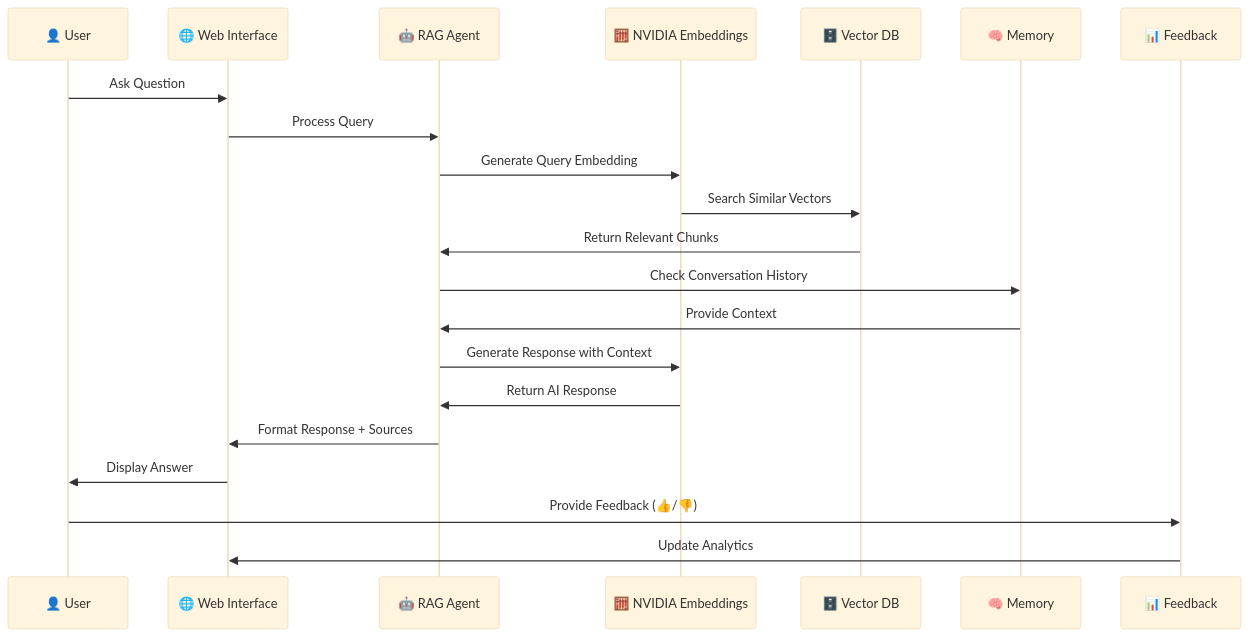
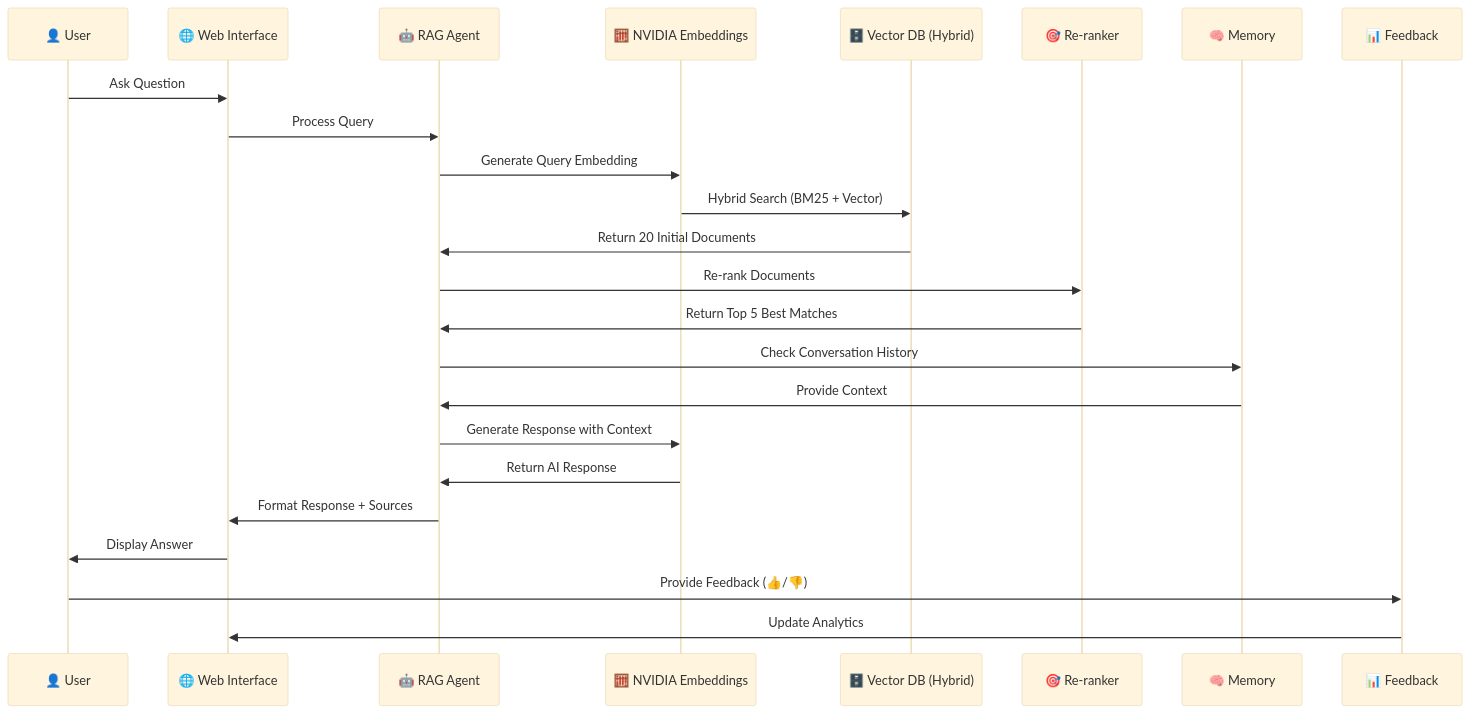
The second of 3 diagrams in README.md (debnathkundu/InsightEngine-RAG-NVIDIA), drawn with Mermaid (base theme) before and after one commit. The commit also changed other lines of this file and 8 other files, not shown here.

````diff
--- a/README.md
+++ b/README.md
@@ -644,24 +646,27 @@
 ```mermaid
 sequenceDiagram
     participant U as 👤 User
     participant W as 🌐 Web Interface
     participant R as 🤖 RAG Agent
     participant E as 🧮 NVIDIA Embeddings
-    participant V as 🗄️ Vector DB
+    participant V as 🗄️ Vector DB (Hybrid)
+    participant X as 🎯 Re-ranker
     participant M as 🧠 Memory
     participant F as 📊 Feedback
 
     U->>W: Ask Question
     W->>R: Process Query
     R->>E: Generate Query Embedding
-    E->>V: Search Similar Vectors
-    V->>R: Return Relevant Chunks
+    E->>V: Hybrid Search (BM25 + Vector)
+    V->>R: Return 20 Initial Documents
+    R->>X: Re-rank Documents
+    X->>R: Return Top 5 Best Matches
     R->>M: Check Conversation History
     M->>R: Provide Context
     R->>E: Generate Response with Context
     E->>R: Return AI Response
     R->>W: Format Response + Sources
     W->>U: Display Answer
     U->>F: Provide Feedback (👍/👎)
     F->>W: Update Analytics
 ```
````
